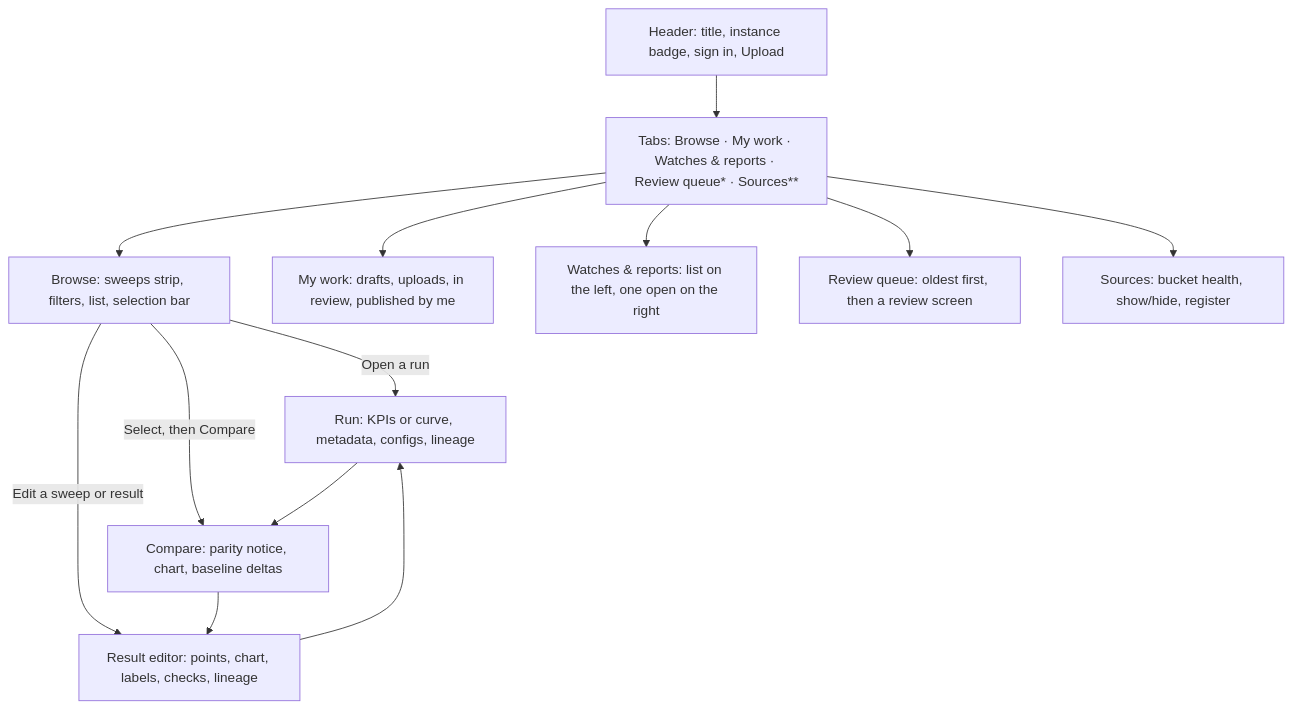
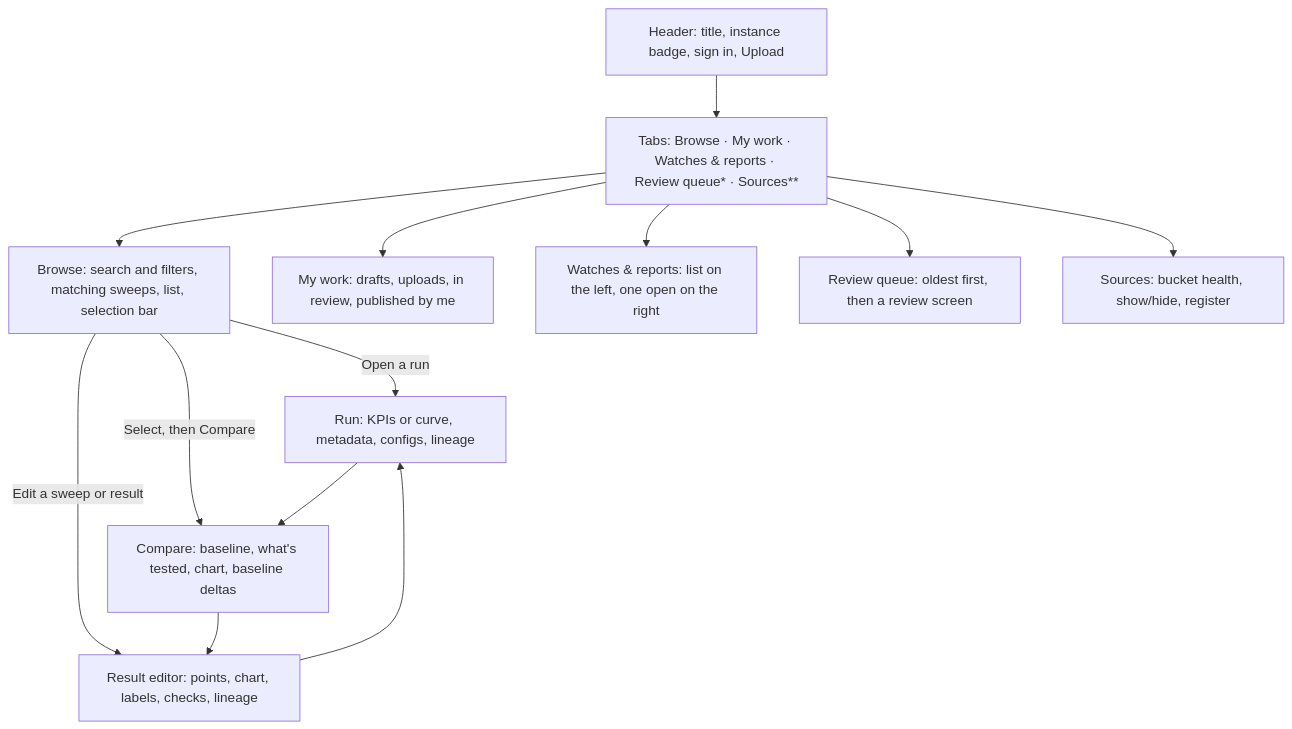
Before and after one commit to Raji14/llm-d-prism: the diagram in docs/results_store_ux_brief.md, drawn with Mermaid. The commit also changed other lines of this file and 19 other files, not shown here.

````diff
--- a/docs/results_store_ux_brief.md
+++ b/docs/results_store_ux_brief.md
@@ -98,15 +101,15 @@
 ```mermaid
 flowchart TD
     Header["Header: title, instance badge, sign in, Upload"] --> Tabs["Tabs: Browse · My work · Watches & reports · Review queue* · Sources**"]
-    Tabs --> Browse["Browse: sweeps strip, filters, list, selection bar"]
+    Tabs --> Browse["Browse: search and filters, matching sweeps, list, selection bar"]
     Tabs --> MyWork["My work: drafts, uploads, in review, published by me"]
     Tabs --> Dash["Watches & reports: list on the left, one open on the right"]
     Tabs --> Review["Review queue: oldest first, then a review screen"]
     Tabs --> Sources["Sources: bucket health, show/hide, register"]
     Browse -->|Open a run| Run["Run: KPIs or curve, metadata, configs, lineage"]
-    Browse -->|Select, then Compare| Compare["Compare: parity notice, chart, baseline deltas"]
+    Browse -->|Select, then Compare| Compare["Compare: baseline, what's tested, chart, baseline deltas"]
     Browse -->|Edit a sweep or result| Editor["Result editor: points, chart, labels, checks, lineage"]
     Run --> Compare
     Compare --> Editor
     Editor --> Run
 ```
````
